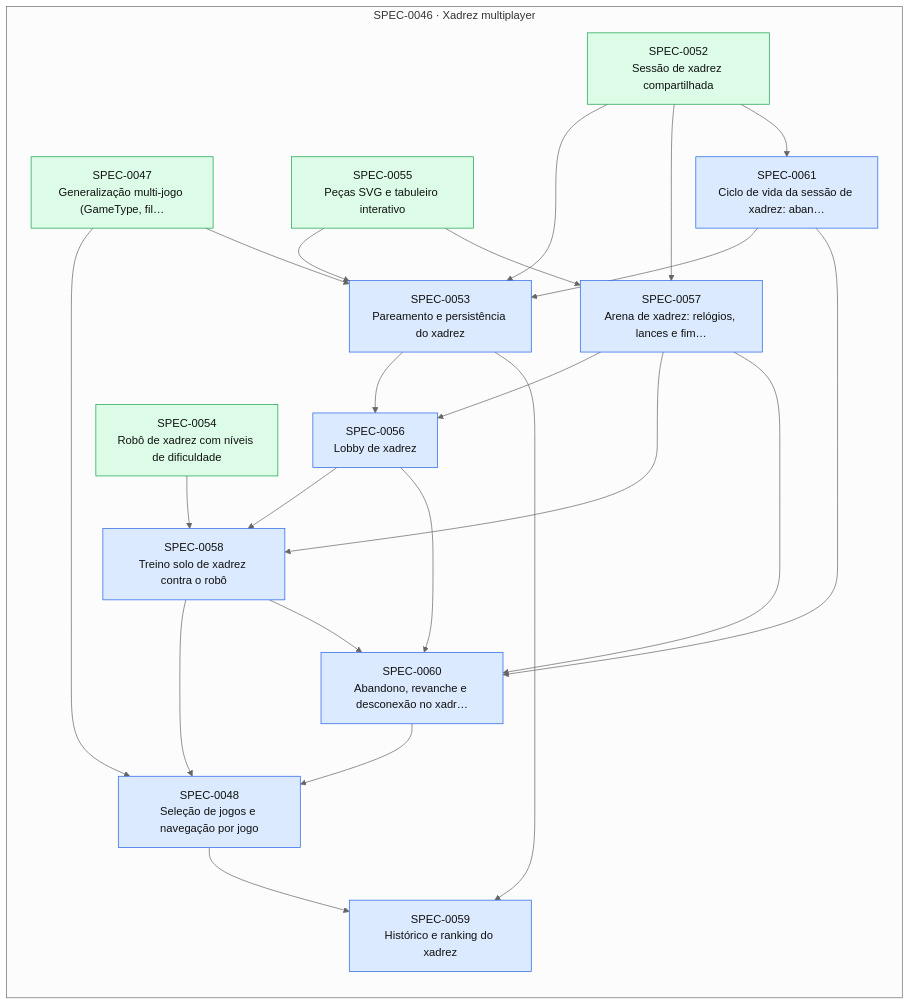
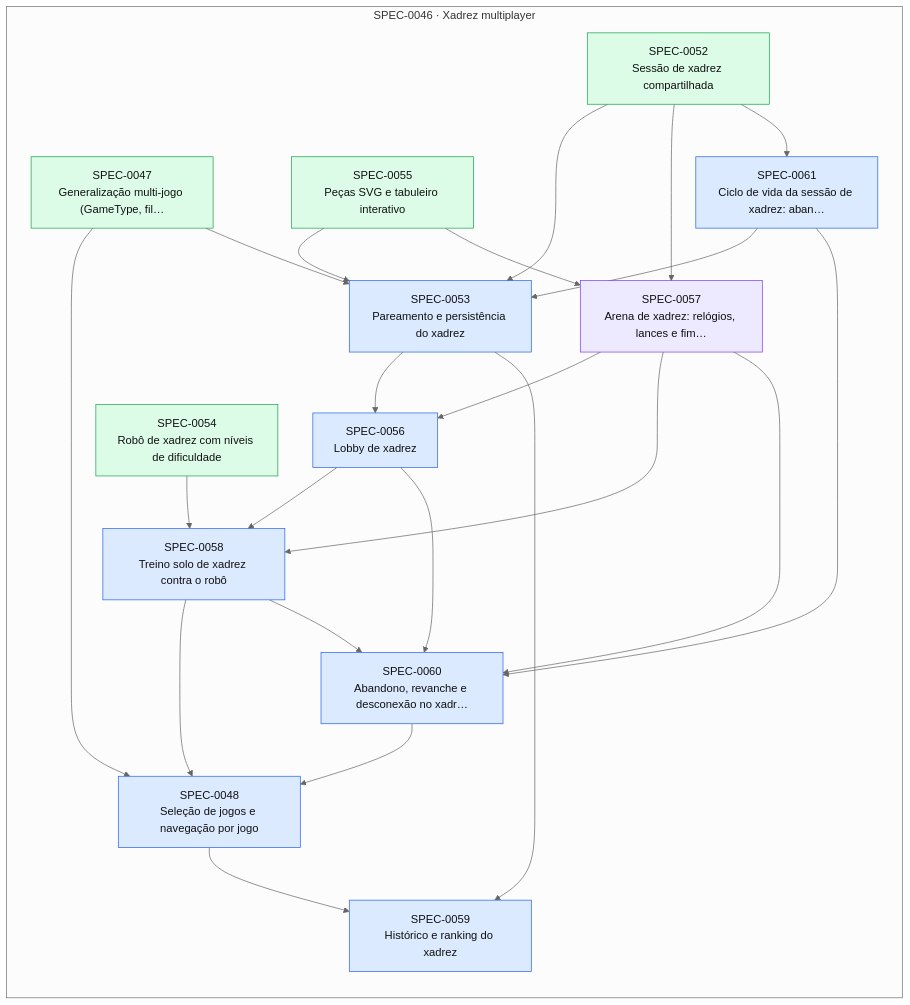
One commit to thomasravache/jogo-da-velha-multiplayer changed the diagram in docs/specs/INDEX.md. Above: the diagram before and after it, drawn with Mermaid (neutral theme). The commit also changed other lines of this file and 1 other file, not shown here.

First line of the commit message:
docs(specs): registrar gates G1-G4 da SPEC-0057

````diff
--- a/docs/specs/INDEX.md
+++ b/docs/specs/INDEX.md
@@ -44,43 +44,43 @@
 ```mermaid
 flowchart LR
   subgraph E0046["SPEC-0046 · Xadrez multiplayer"]
     S0047["SPEC-0047<br/>Generalização multi-jogo (GameType, fil…"]:::implemented
     S0048["SPEC-0048<br/>Seleção de jogos e navegação por jogo"]:::approved
     S0052["SPEC-0052<br/>Sessão de xadrez compartilhada"]:::implemented
     S0053["SPEC-0053<br/>Pareamento e persistência do xadrez"]:::approved
     S0054["SPEC-0054<br/>Robô de xadrez com níveis de dificuldade"]:::implemented
     S0055["SPEC-0055<br/>Peças SVG e tabuleiro interativo"]:::implemented
     S0056["SPEC-0056<br/>Lobby de xadrez"]:::approved
-    S0057["SPEC-0057<br/>Arena de xadrez: relógios, lances e fim…"]:::approved
+    S0057["SPEC-0057<br/>Arena de xadrez: relógios, lances e fim…"]:::inprogress
     S0058["SPEC-0058<br/>Treino solo de xadrez contra o robô"]:::approved
     S0059["SPEC-0059<br/>Histórico e ranking do xadrez"]:::approved
     S0060["SPEC-0060<br/>Abandono, revanche e desconexão no xadr…"]:::approved
     S0061["SPEC-0061<br/>Ciclo de vida da sessão de xadrez: aban…"]:::approved
   end
   S0047 --> S0048
   S0058 --> S0048
   S0060 --> S0048
   S0047 --> S0053
   S0052 --> S0053
   S0055 --> S0053
   S0061 --> S0053
   S0053 --> S0056
   S0057 --> S0056
   S0052 --> S0057
   S0055 --> S0057
   S0054 --> S0058
   S0056 --> S0058
   S0057 --> S0058
   S0048 --> S0059
   S0053 --> S0059
   S0056 --> S0060
   S0057 --> S0060
   S0058 --> S0060
   S0061 --> S0060
   S0052 --> S0061
   classDef proposed fill:#fef3c7,stroke:#d97706,color:#111
   classDef approved fill:#dbeafe,stroke:#2563eb,color:#111
   classDef inprogress fill:#ede9fe,stroke:#7c3aed,color:#111
   classDef implemented fill:#dcfce7,stroke:#16a34a,color:#111
   classDef deprecated fill:#f3f4f6,stroke:#9ca3af,color:#6b7280
 ```
````
